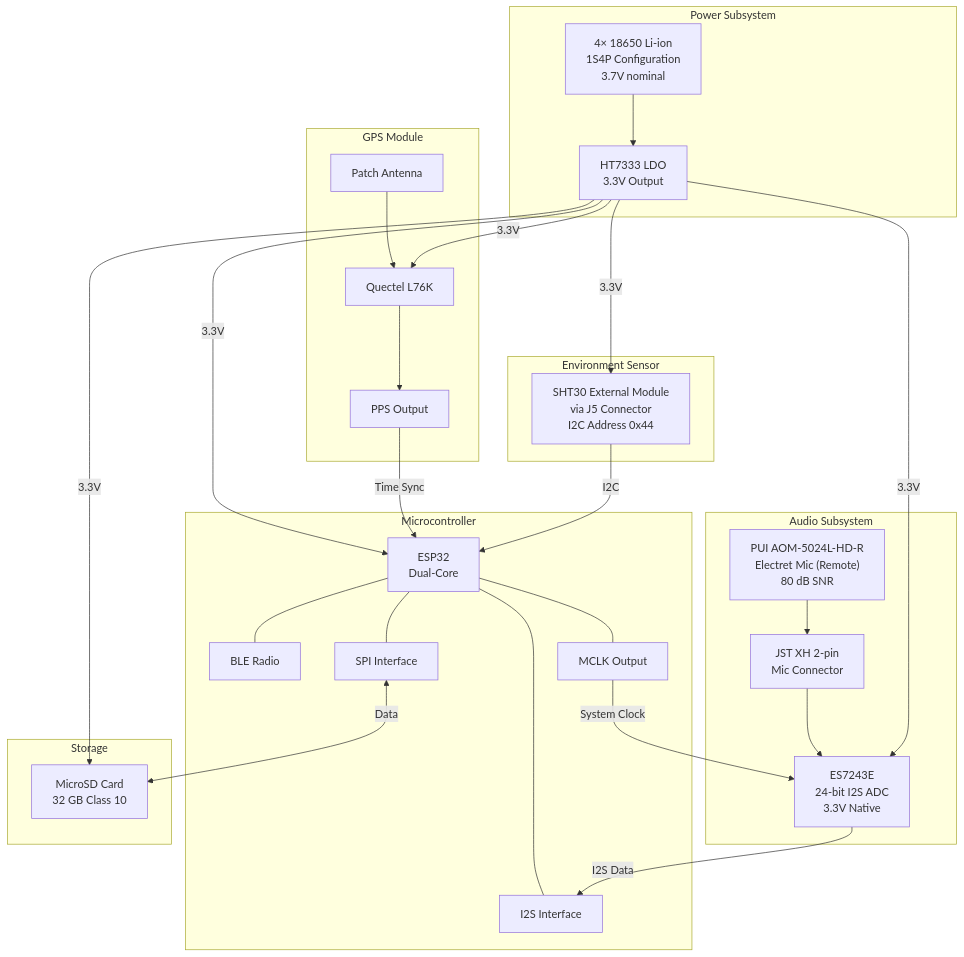
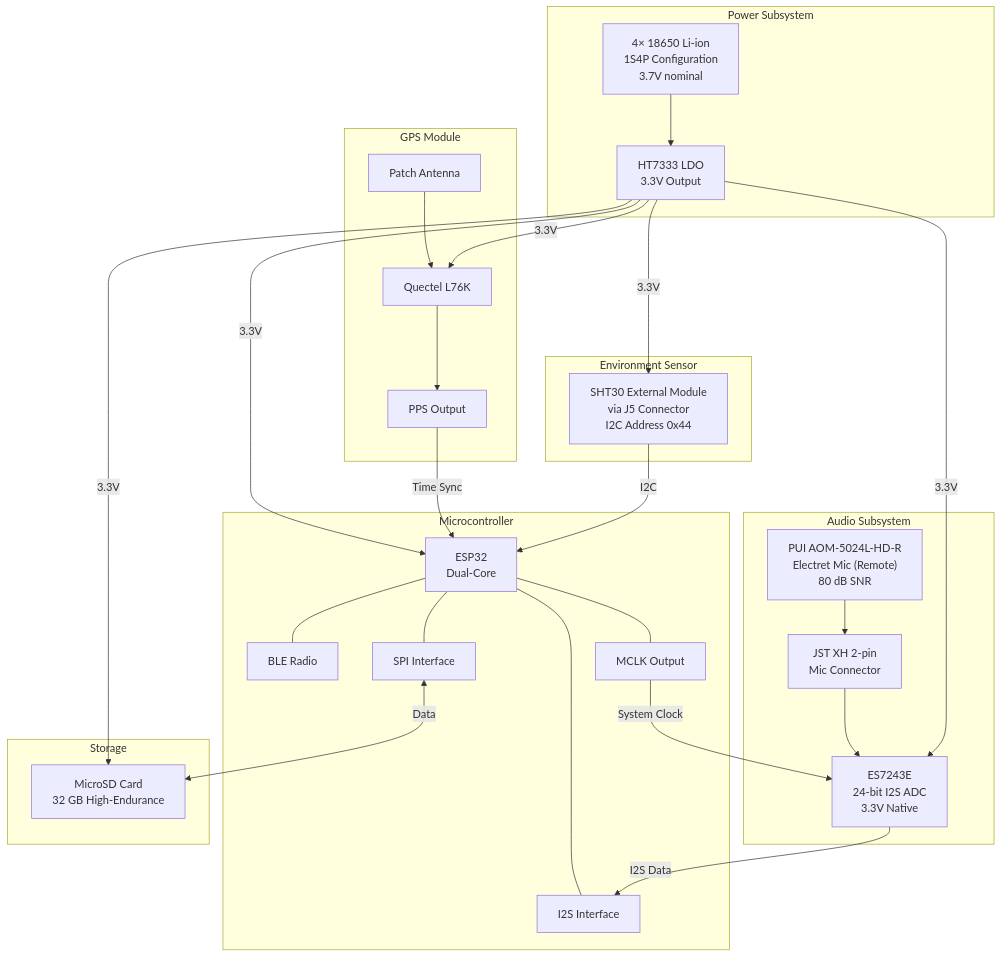
Before and after one commit to chriskinal/QuailTracker: the first of 7 diagrams in docs/QuailARU_Design_Document.md, drawn with Mermaid. The commit also changed other lines of this file, not shown here.

First line of the commit message:
docs: spec a high-endurance microSD in the design doc BOM

````diff
--- a/docs/QuailARU_Design_Document.md
+++ b/docs/QuailARU_Design_Document.md
@@ -47,55 +47,55 @@
 ```mermaid
 flowchart TB
     subgraph Power["Power Subsystem"]
         BAT["4× 18650 Li-ion<br/>1S4P Configuration<br/>3.7V nominal"]
         LDO["HT7333 LDO<br/>3.3V Output"]
         BAT --> LDO
     end
 
     subgraph GPS["GPS Module"]
         L76K["Quectel L76K"]
         ANT["Patch Antenna"]
         PPS["PPS Output"]
         ANT --> L76K
         L76K --> PPS
     end
 
     subgraph MCU["Microcontroller"]
         ESP["ESP32<br/>Dual-Core"]
         BLE["BLE Radio"]
         I2S["I2S Interface"]
         SPI["SPI Interface"]
         MCLK["MCLK Output"]
         ESP --- BLE
         ESP --- I2S
         ESP --- SPI
         ESP --- MCLK
     end
 
     subgraph Audio["Audio Subsystem"]
         MIC["PUI AOM-5024L-HD-R<br/>Electret Mic (Remote)<br/>80 dB SNR"]
         CONN["JST XH 2-pin<br/>Mic Connector"]
         ADC["ES7243E<br/>24-bit I2S ADC<br/>3.3V Native"]
         MIC --> CONN --> ADC
     end
 
     subgraph Storage["Storage"]
-        SD["MicroSD Card<br/>32 GB Class 10"]
+        SD["MicroSD Card<br/>32 GB High-Endurance"]
     end
 
     subgraph Environment["Environment Sensor"]
         SHT30["SHT30 External Module<br/>via J5 Connector<br/>I2C Address 0x44"]
     end
 
     LDO -->|3.3V| ESP
     LDO -->|3.3V| ADC
     LDO -->|3.3V| L76K
     LDO -->|3.3V| SD
     LDO -->|3.3V| SHT30
 
     PPS -->|Time Sync| ESP
     ADC -->|I2S Data| I2S
     MCLK -->|System Clock| ADC
     SPI <-->|Data| SD
     SHT30 -->|I2C| ESP
 ```
````
